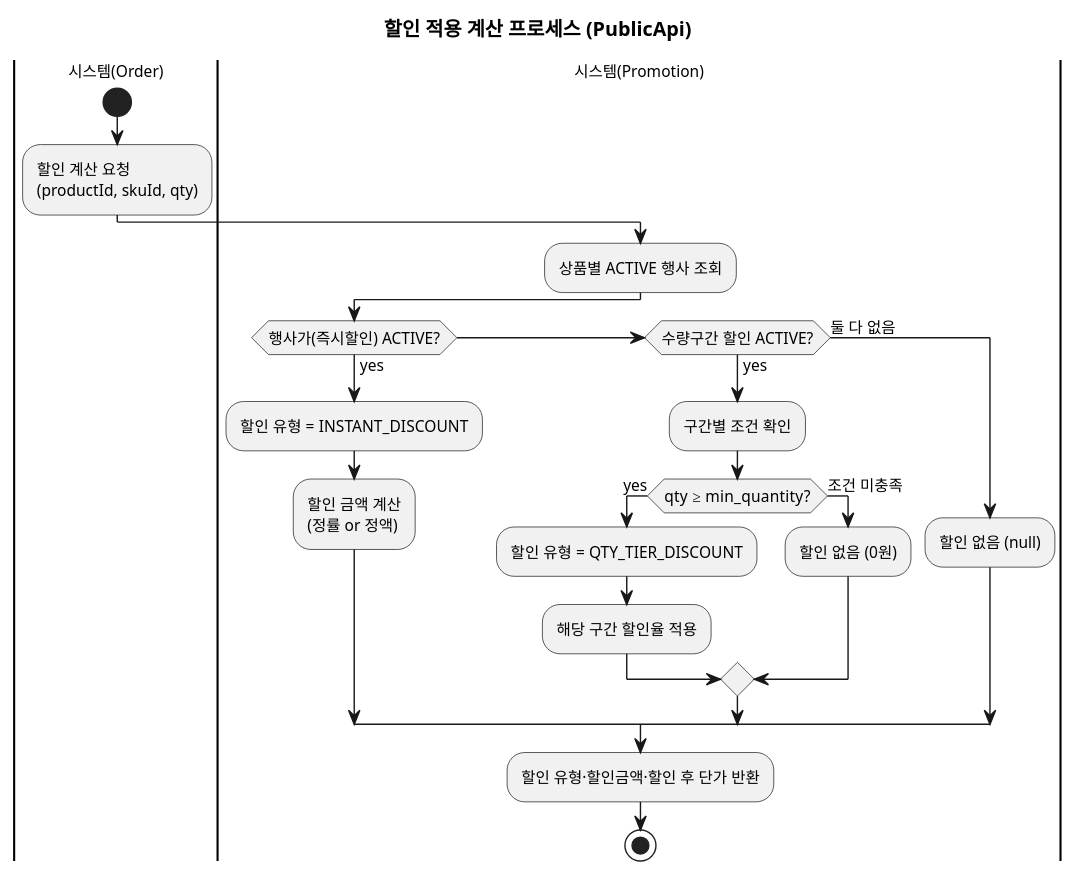
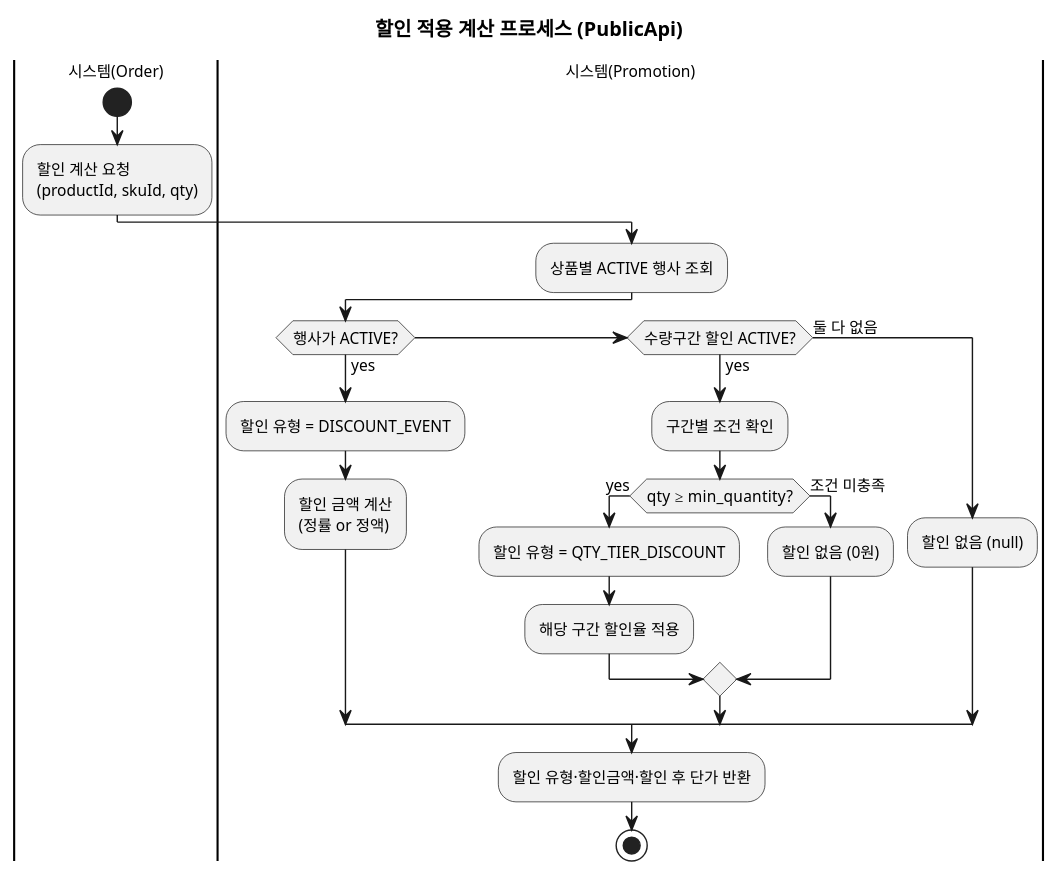
Before and after one commit to parknahyun/runNShop: the first of 8 diagrams in docs/자산화-단계별/S2-구조설계/DH-비즈니스프로세스(Promotion).md, drawn with PlantUML. The commit also changed other lines of this file and 5 other files, not shown here.

````diff
--- a/docs/자산화-단계별/S2-구조설계/DH-비즈니스프로세스(Promotion).md
+++ b/docs/자산화-단계별/S2-구조설계/DH-비즈니스프로세스(Promotion).md
@@ -22,33 +22,33 @@
 ```plantuml
 @startuml
 skinparam backgroundColor transparent
 skinparam defaultFontSize 11
 title 할인 적용 계산 프로세스 (PublicApi)
 
 |시스템(Order)|
 start
 :할인 계산 요청\n(productId, skuId, qty);
 
 |시스템(Promotion)|
 :상품별 ACTIVE 행사 조회;
 
-if (행사가(즉시할인) ACTIVE?) then (yes)
-  :할인 유형 = INSTANT_DISCOUNT;
+if (행사가 ACTIVE?) then (yes)
+  :할인 유형 = DISCOUNT_EVENT;
   :할인 금액 계산\n(정률 or 정액);
 else if (수량구간 할인 ACTIVE?) then (yes)
   :구간별 조건 확인;
   if (qty ≥ min_quantity?) then (yes)
     :할인 유형 = QTY_TIER_DISCOUNT;
     :해당 구간 할인율 적용;
   else (조건 미충족)
     :할인 없음 (0원);
   endif
 else (둘 다 없음)
   :할인 없음 (null);
 endif
 
 :할인 유형·할인금액·할인 후 단가 반환;
 stop
 
 @enduml
 ```
````
